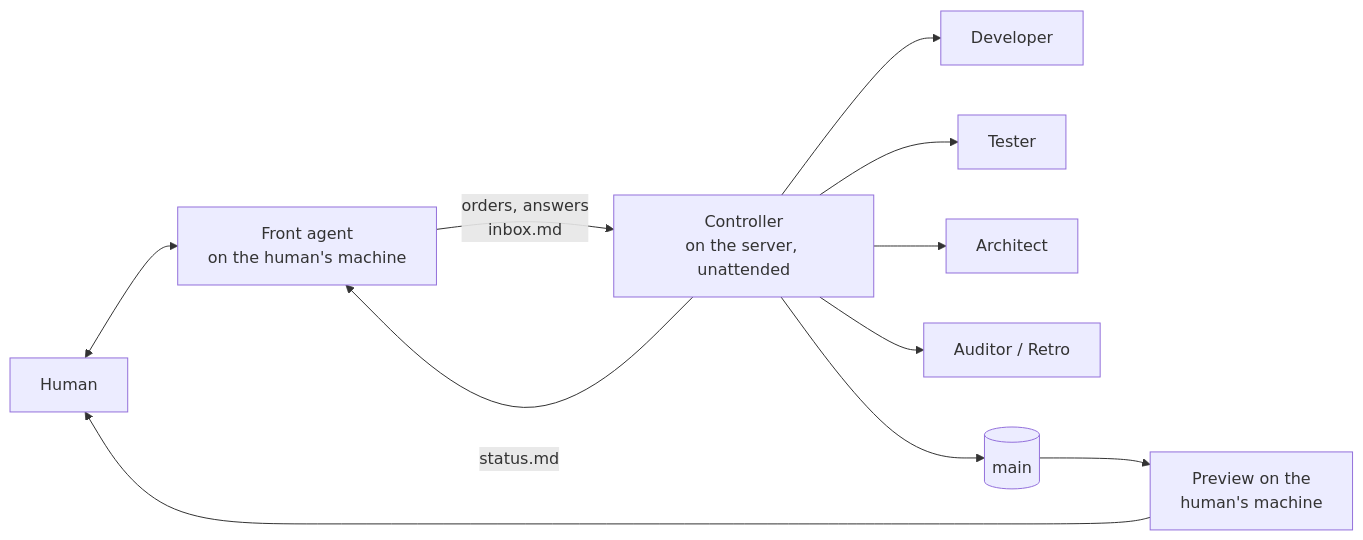
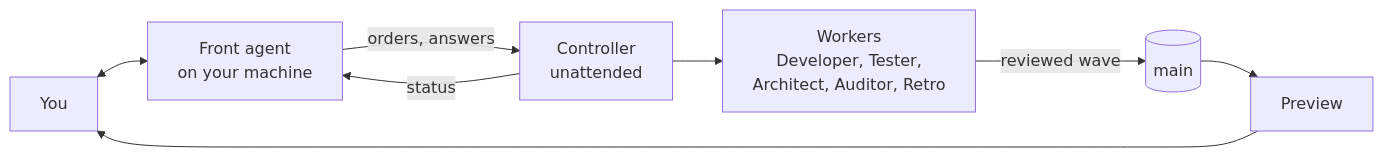
Before and after one commit to bussard76/agentic-factory: the diagram in README.md, drawn with Mermaid. The commit also changed other lines of this file and 2 other files, not shown here.

````diff
--- a/README.md
+++ b/README.md
@@ -122,13 +20,10 @@
 ```mermaid
 flowchart LR
-  H[Human] <--> F[Front agent<br/>on the human's machine]
-  F -- orders, answers<br/>inbox.md --> C[Controller<br/>on the server, unattended]
-  C -- status.md --> F
-  C --> D[Developer]
-  C --> T[Tester]
-  C --> A[Architect]
-  C --> U[Auditor / Retro]
-  C --> M[(main)]
-  M --> P[Preview on the<br/>human's machine]
+  H[You] <--> F[Front agent<br/>on your machine]
+  F -- orders, answers --> C[Controller<br/>unattended]
+  C -- status --> F
+  C --> W[Workers<br/>Developer, Tester,<br/>Architect, Auditor, Retro]
+  W -- reviewed wave --> M[(main)]
+  M --> P[Preview]
   P --> H
 ```
````
